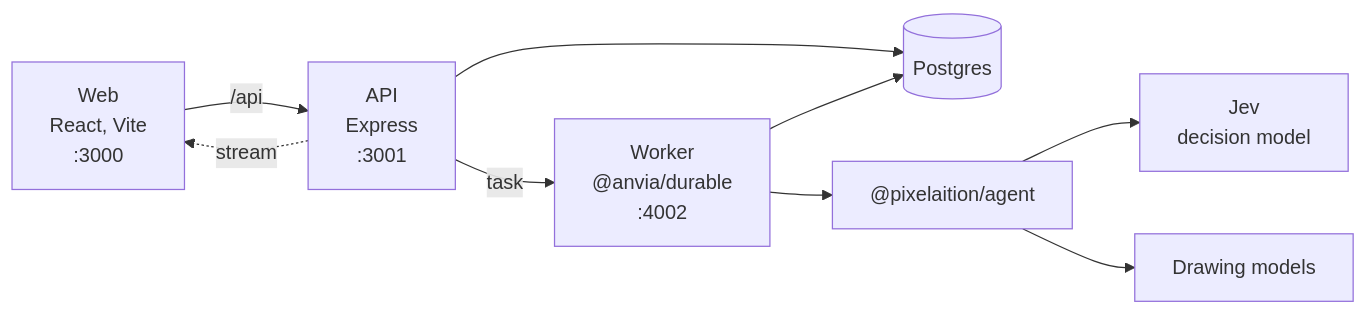
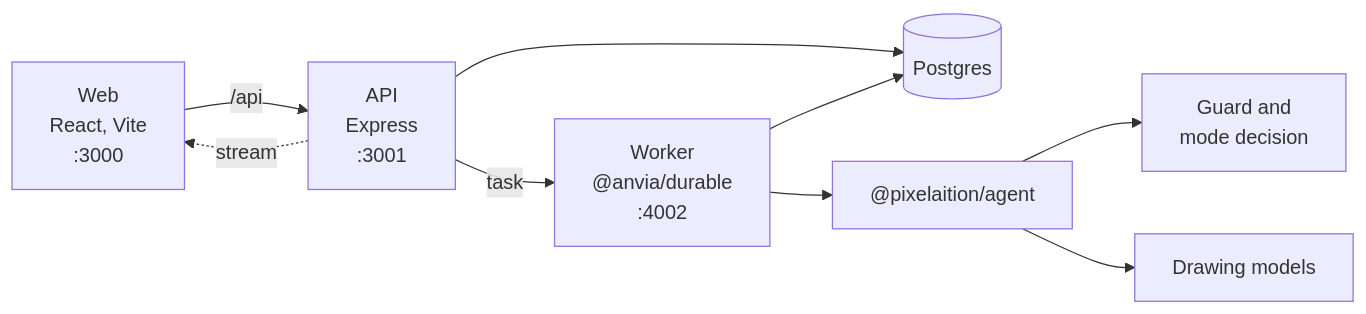
The diagram in README.md (iqbalShafiq/pixelaition), drawn with Mermaid before and after one commit. The commit also changed other lines of this file, not shown here.

Commit message:
docs: lead with the agent workflow, not one model's name

````diff
--- a/README.md
+++ b/README.md
@@ -80,11 +80,11 @@
 ```mermaid
 flowchart LR
   Web["Web<br/>React, Vite<br/>:3000"] -->|/api| API["API<br/>Express<br/>:3001"]
   API --> DB[(Postgres)]
   API -->|task| Worker["Worker<br/>@anvia/durable<br/>:4002"]
   Worker --> Agent["@pixelaition/agent"]
-  Agent --> Jev["Jev<br/>decision model"]
+  Agent --> Router["Guard and<br/>mode decision"]
   Agent --> Models["Drawing models"]
   Worker --> DB
   API -.->|stream| Web
 ```
````
